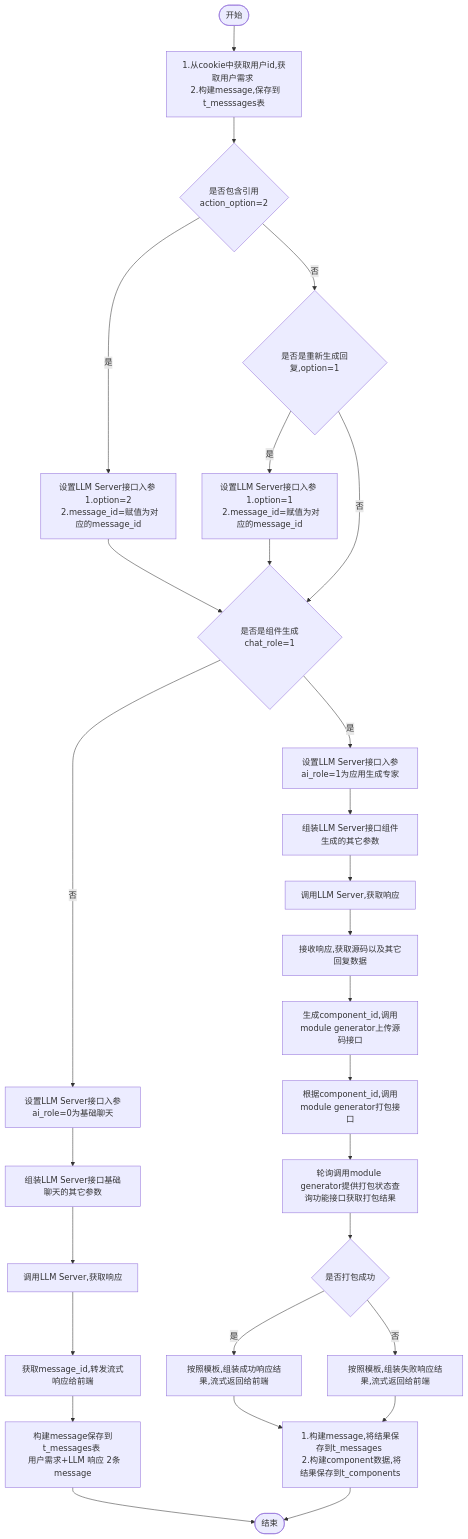
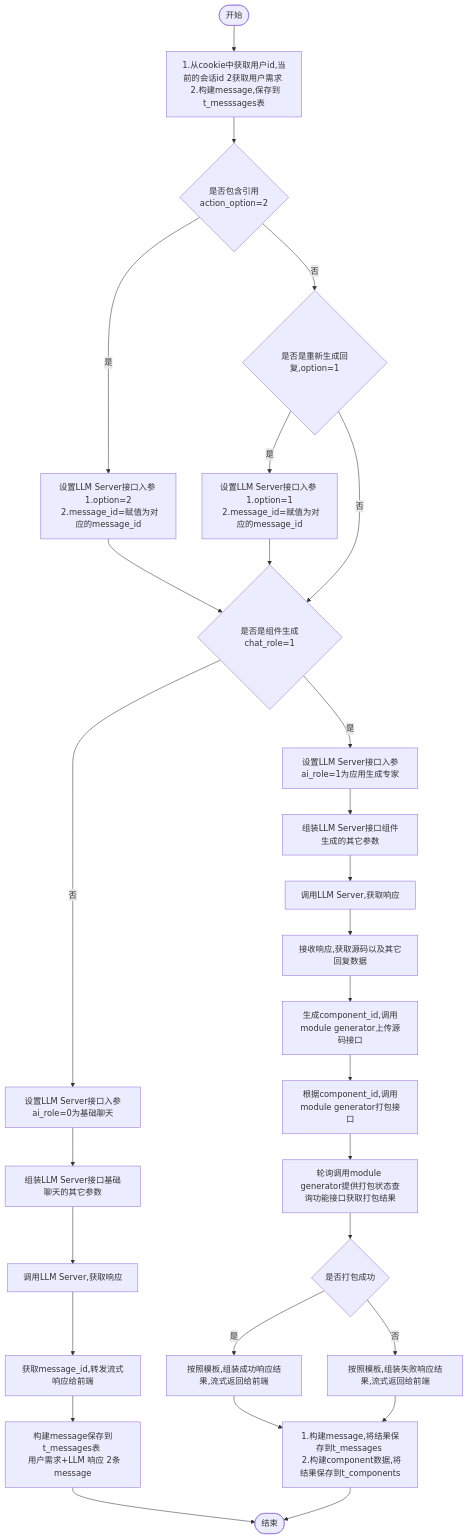
One commit to yingjianzh/iodraw-files changed the diagram in all/w3-会话-不需要传递message.md. Above: the diagram before and after it, drawn with Mermaid.

Commit message:
2024-10-15 14:20:57 update

````diff
--- a/all/w3-会话-不需要传递message.md
+++ b/all/w3-会话-不需要传递message.md
@@ -1,34 +1,34 @@
 ```mermaid
 flowchart TD
-    A([开始]) --> B[1.从cookie中获取用户id,获取用户需求 \n 2.构建message,保存到t_messsages表]
+    A([开始]) --> B[1.从cookie中获取用户id,当前的会话id 2获取用户需求 \n 2.构建message,保存到t_messsages表]
     B--> D{是否包含引用 \n action_option=2}
     D -- 是 --> E[设置LLM Server接口入参 \n 1.option=2 \n 2.message_id=赋值为对应的message_id]
     D -- 否 --> F{是否是重新生成回复,option=1}
     F -- 是 --> G[设置LLM Server接口入参 \n 1.option=1 \n 2.message_id=赋值为对应的message_id]
     F -- 否 --> I
      
     E & G --> I{是否是组件生成chat_role=1}
     I -- 否 --> K[设置LLM Server接口入参ai_role=0为基础聊天]
     I -- 是 --> J[设置LLM Server接口入参ai_role=1为应用生成专家]
     
 
     J --> L[组装LLM Server接口组件生成的其它参数]    
     K --> M[组装LLM Server接口基础聊天的其它参数]    
     M --> N[调用LLM Server,获取响应]    
     N --> O[获取message_id,转发流式响应给前端]
     O --> P[构建message保存到t_messages表 \n 用户需求+LLM 响应 2条message]
     P --> R([结束])
 
 
     L --> S[调用LLM Server,获取响应]
     S --> T[接收响应,获取源码以及其它回复数据]
     T --> U[生成component_id,调用module generator上传源码接口]
     U --> V[根据component_id,调用module generator打包接口]
     V --> W[轮询调用module generator提供打包状态查询功能接口获取打包结果]
     W --> X{是否打包成功}
     X -- 是 --> Y[按照模板,组装成功响应结果,流式返回给前端]
     X -- 否 --> Z[按照模板,组装失败响应结果,流式返回给前端]
 
     Y & Z --> Result[1.构建message,将结果保存到t_messages \n 2.构建component数据,将结果保存到t_components]
     Result --> R
 ```
````
